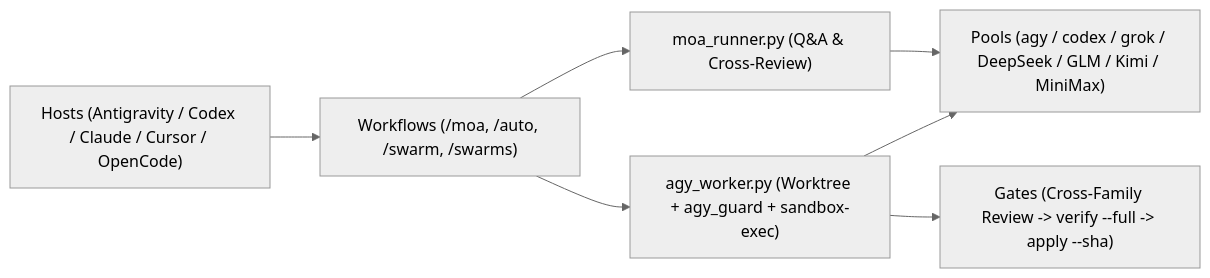
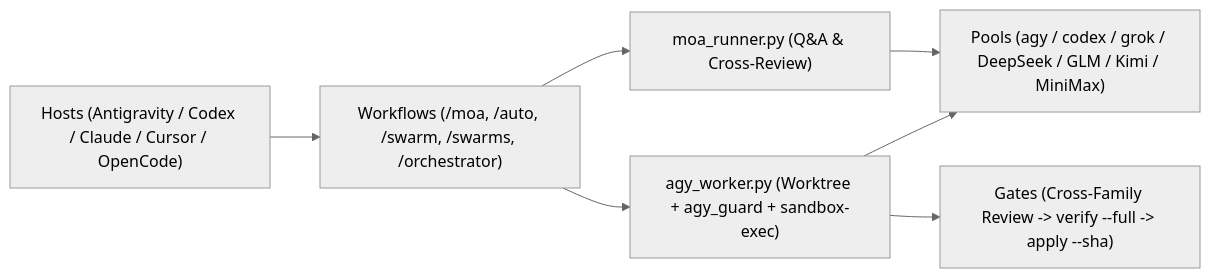
One commit to lichang333/Crucible changed the diagram in README.md. Above: the diagram before and after it, drawn with Mermaid (neutral theme). The commit also changed other lines of this file and 49 other files, not shown here.

````diff
--- a/README.md
+++ b/README.md
@@ -10,9 +10,9 @@
 ```mermaid
 flowchart LR
-  Hosts["Hosts (Antigravity / Codex / Claude / Cursor / OpenCode)"] --> Workflows["Workflows (/moa, /auto, /swarm, /swarms)"]
+  Hosts["Hosts (Antigravity / Codex / Claude / Cursor / OpenCode)"] --> Workflows["Workflows (/moa, /auto, /swarm, /swarms, /orchestrator)"]
   Workflows --> MoA["moa_runner.py (Q&A & Cross-Review)"]
   Workflows --> Worker["agy_worker.py (Worktree + agy_guard + sandbox-exec)"]
   MoA --> Pools["Pools (agy / codex / grok / DeepSeek / GLM / Kimi / MiniMax)"]
   Worker --> Pools
   Worker --> Gates["Gates (Cross-Family Review -> verify --full -> apply --sha)"]
 ```
````
